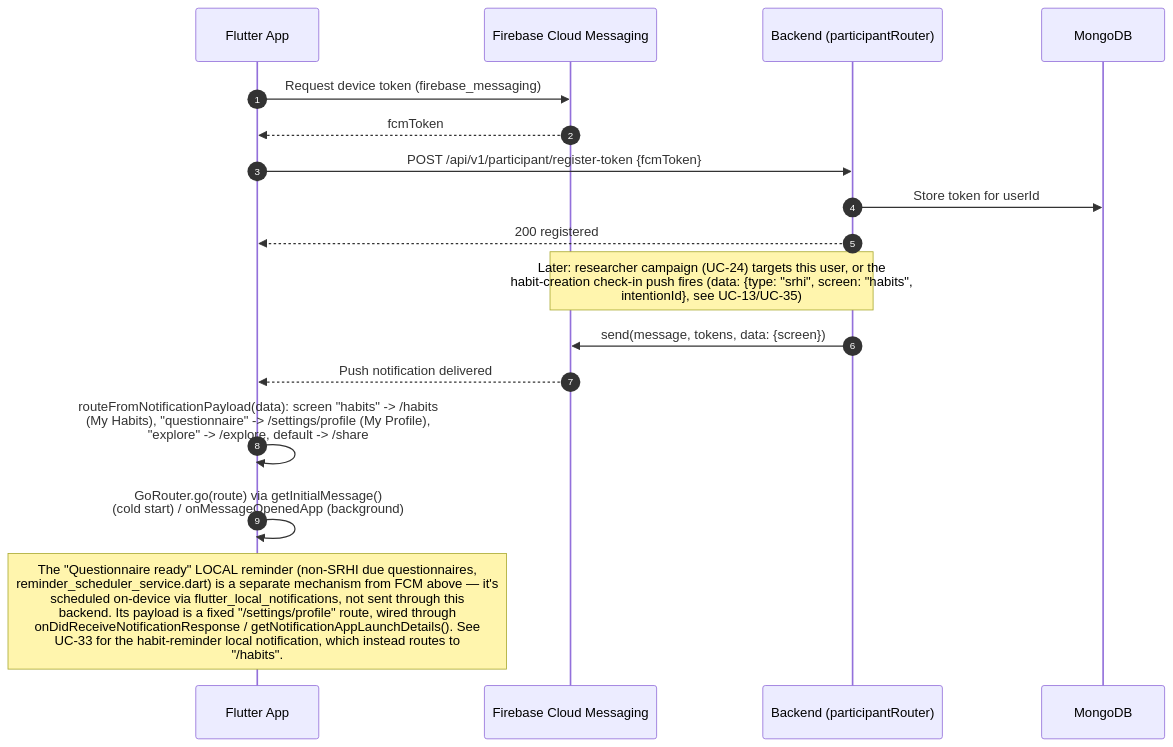
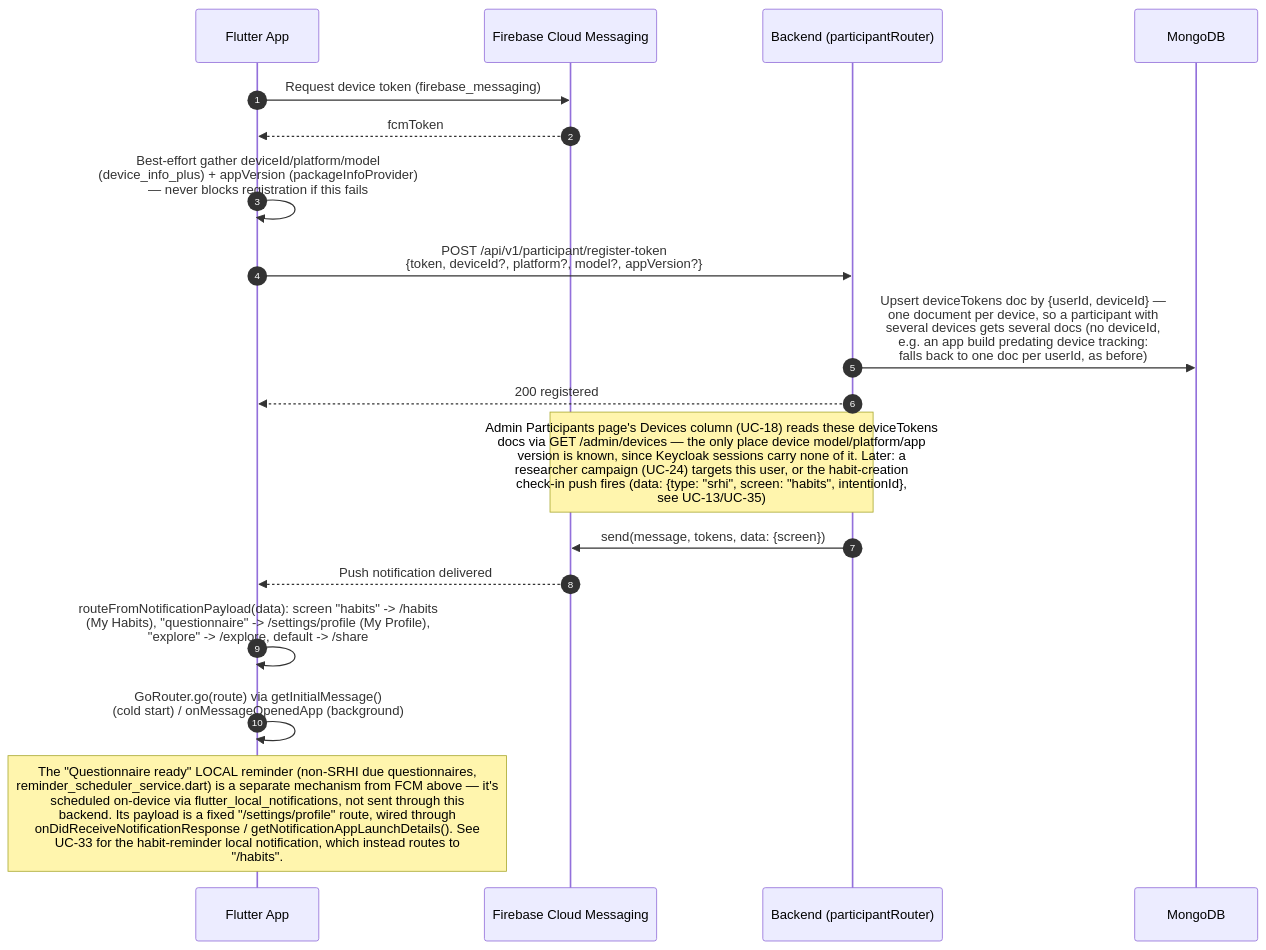
One commit to Bulgy404/health-habit-hub changed the diagram in docs/diagrams/sequences/UC-15-push-notifications.mmd. Above: the diagram before and after it, drawn with Mermaid. The commit also changed 27 other files, not shown here.

First line of the commit message:
feat: Enhance device management and push notification handling

```diff
--- a/docs/diagrams/sequences/UC-15-push-notifications.mmd
+++ b/docs/diagrams/sequences/UC-15-push-notifications.mmd
@@ -1,20 +1,21 @@
 %% UC-15 — Register device & receive push notifications
 sequenceDiagram
     autonumber
     participant F as Flutter App
     participant FCM as Firebase Cloud Messaging
     participant B as Backend (participantRouter)
     participant M as MongoDB
 
     F->>FCM: Request device token (firebase_messaging)
     FCM-->>F: fcmToken
-    F->>B: POST /api/v1/participant/register-token {fcmToken}
-    B->>M: Store token for userId
+    F->>F: Best-effort gather deviceId/platform/model<br/>(device_info_plus) + appVersion (packageInfoProvider)<br/>— never blocks registration if this fails
+    F->>B: POST /api/v1/participant/register-token<br/>{token, deviceId?, platform?, model?, appVersion?}
+    B->>M: Upsert deviceTokens doc by {userId, deviceId} —<br/>one document per device, so a participant with<br/>several devices gets several docs (no deviceId,<br/>e.g. an app build predating device tracking:<br/>falls back to one doc per userId, as before)
     B-->>F: 200 registered
-    Note over B,FCM: Later: researcher campaign (UC-24) targets this user, or the<br/>habit-creation check-in push fires (data: {type: "srhi", screen: "habits",<br/>intentionId}, see UC-13/UC-35)
+    Note over B,FCM: Admin Participants page's Devices column (UC-18) reads these deviceTokens<br/>docs via GET /admin/devices — the only place device model/platform/app<br/>version is known, since Keycloak sessions carry none of it. Later: a<br/>researcher campaign (UC-24) targets this user, or the habit-creation<br/>check-in push fires (data: {type: "srhi", screen: "habits", intentionId},<br/>see UC-13/UC-35)
     B->>FCM: send(message, tokens, data: {screen})
     FCM-->>F: Push notification delivered
     F->>F: routeFromNotificationPayload(data): screen "habits" -> /habits<br/>(My Habits), "questionnaire" -> /settings/profile (My Profile),<br/>"explore" -> /explore, default -> /share
     F->>F: GoRouter.go(route) via getInitialMessage()<br/>(cold start) / onMessageOpenedApp (background)
 
     Note over F: The "Questionnaire ready" LOCAL reminder (non-SRHI due questionnaires,<br/>reminder_scheduler_service.dart) is a separate mechanism from FCM above — it's<br/>scheduled on-device via flutter_local_notifications, not sent through this<br/>backend. Its payload is a fixed "/settings/profile" route, wired through<br/>onDidReceiveNotificationResponse / getNotificationAppLaunchDetails(). See<br/>UC-33 for the habit-reminder local notification, which instead routes to<br/>"/habits".
```
